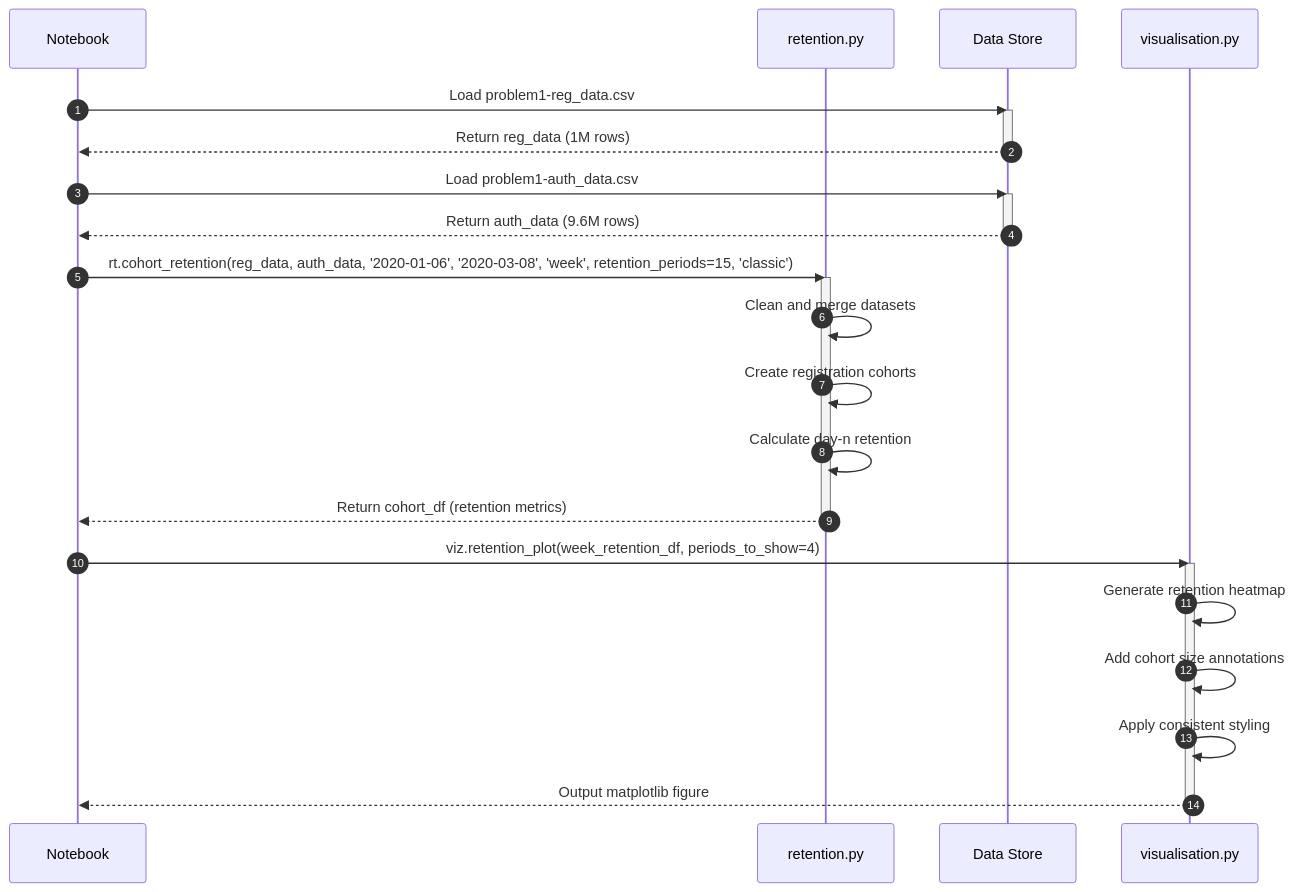
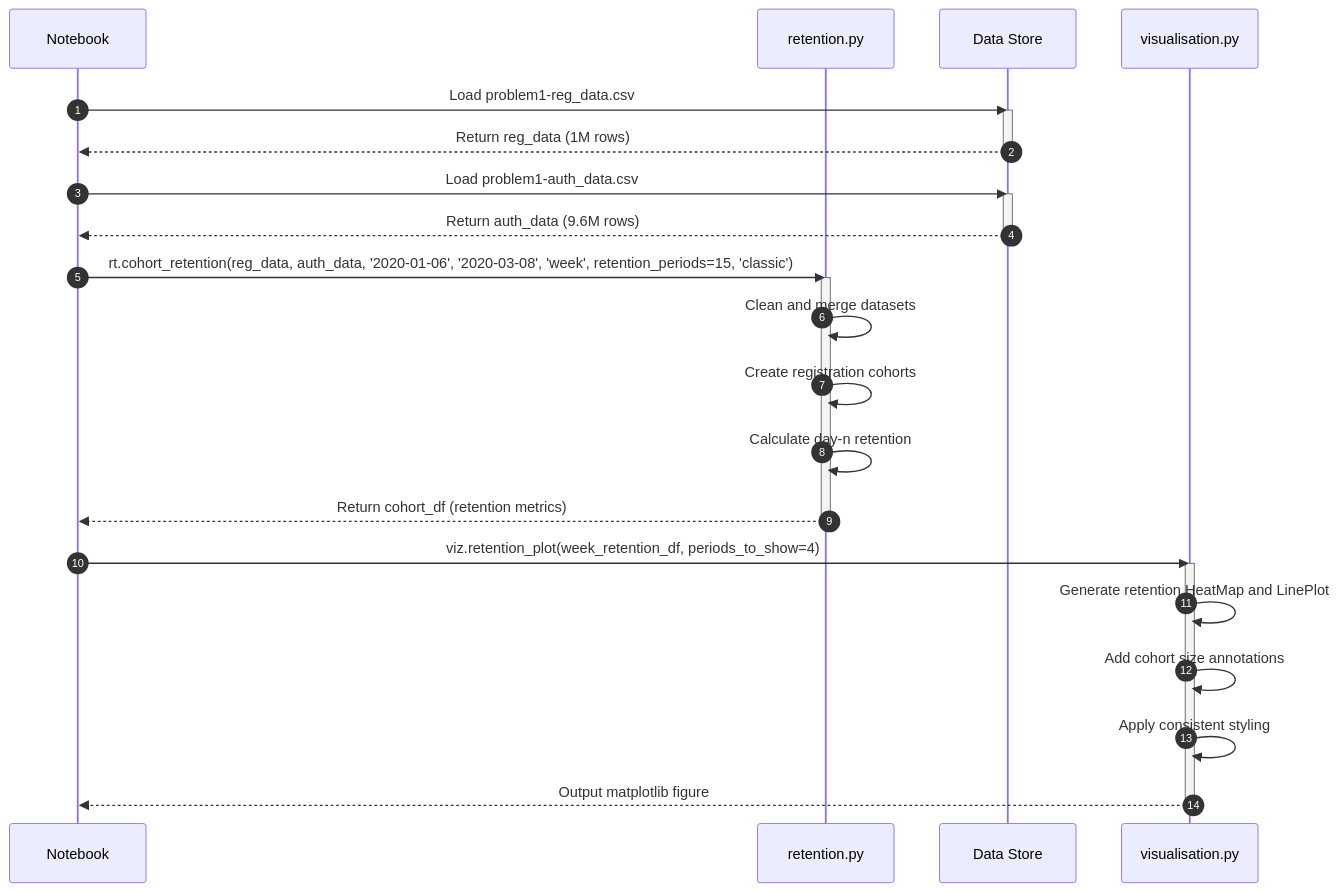
Before and after one commit to AleksandrVinnik/Cohort_Retention_and_Poisson_Bootstrap: the first of 6 diagrams in README.md, drawn with Mermaid.

Commit message:
Readme file has been updated

````diff
--- a/README.md
+++ b/README.md
@@ -13,35 +13,35 @@
 ```mermaid
 sequenceDiagram
     autonumber
     participant J as Notebook
     participant R as retention.py
     participant D as Data Store
     participant V as visualisation.py
     
     J->>D: Load problem1-reg_data.csv
     activate D
     D-->>J: Return reg_data (1M rows)
     deactivate D
     
     J->>D: Load problem1-auth_data.csv
     activate D
     D-->>J: Return auth_data (9.6M rows)
     deactivate D
     
     J->>R: rt.cohort_retention(reg_data, auth_data, '2020-01-06', '2020-03-08', 'week', retention_periods=15, 'classic')
     activate R
     R->>R: Clean and merge datasets
     R->>R: Create registration cohorts
     R->>R: Calculate day-n retention
     R-->>J: Return cohort_df (retention metrics)
     deactivate R
     
     J->>V: viz.retention_plot(week_retention_df, periods_to_show=4)
 
     activate V
-    V->>V: Generate retention heatmap
+    V->>V: Generate retention HeatMap and LinePlot
     V->>V: Add cohort size annotations
     V->>V: Apply consistent styling
     V-->>J: Output matplotlib figure
     deactivate V
 ```
````
